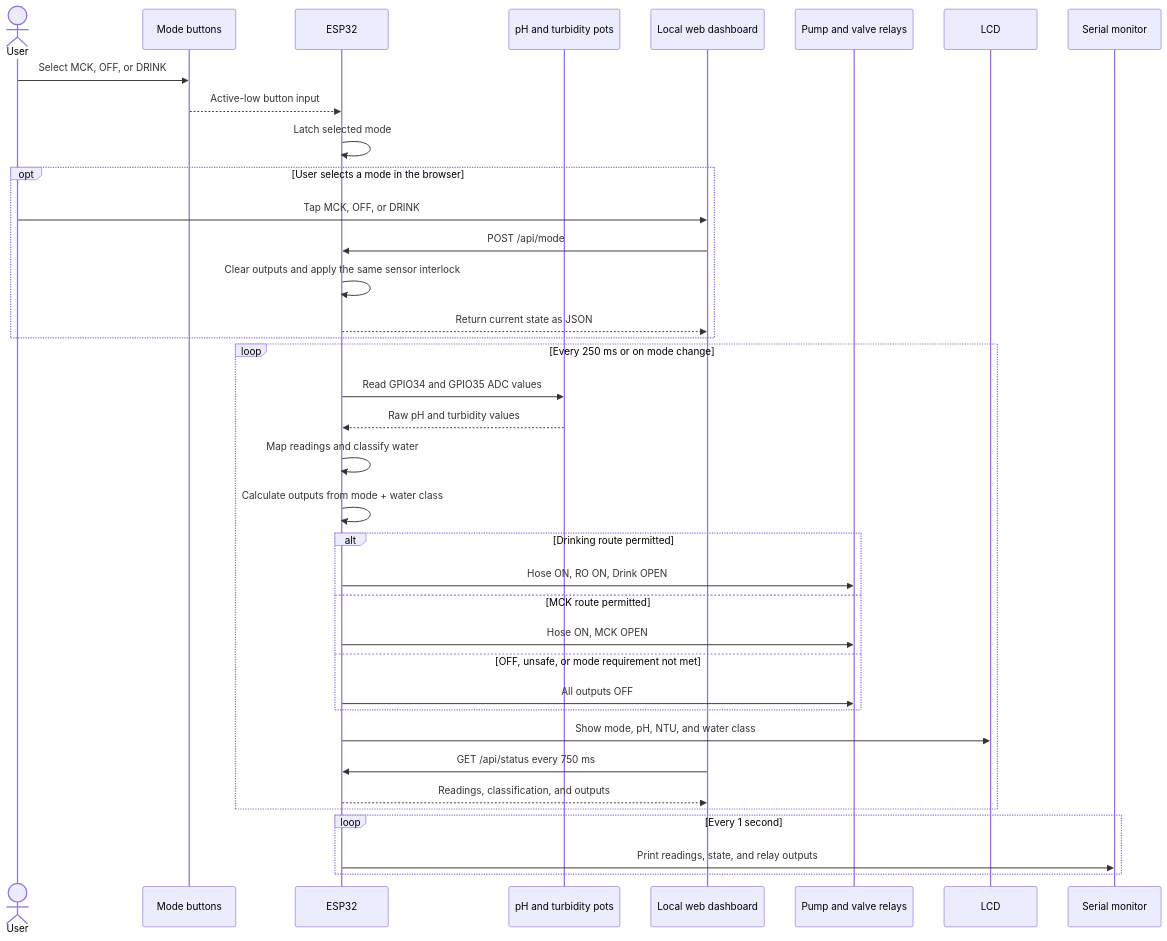
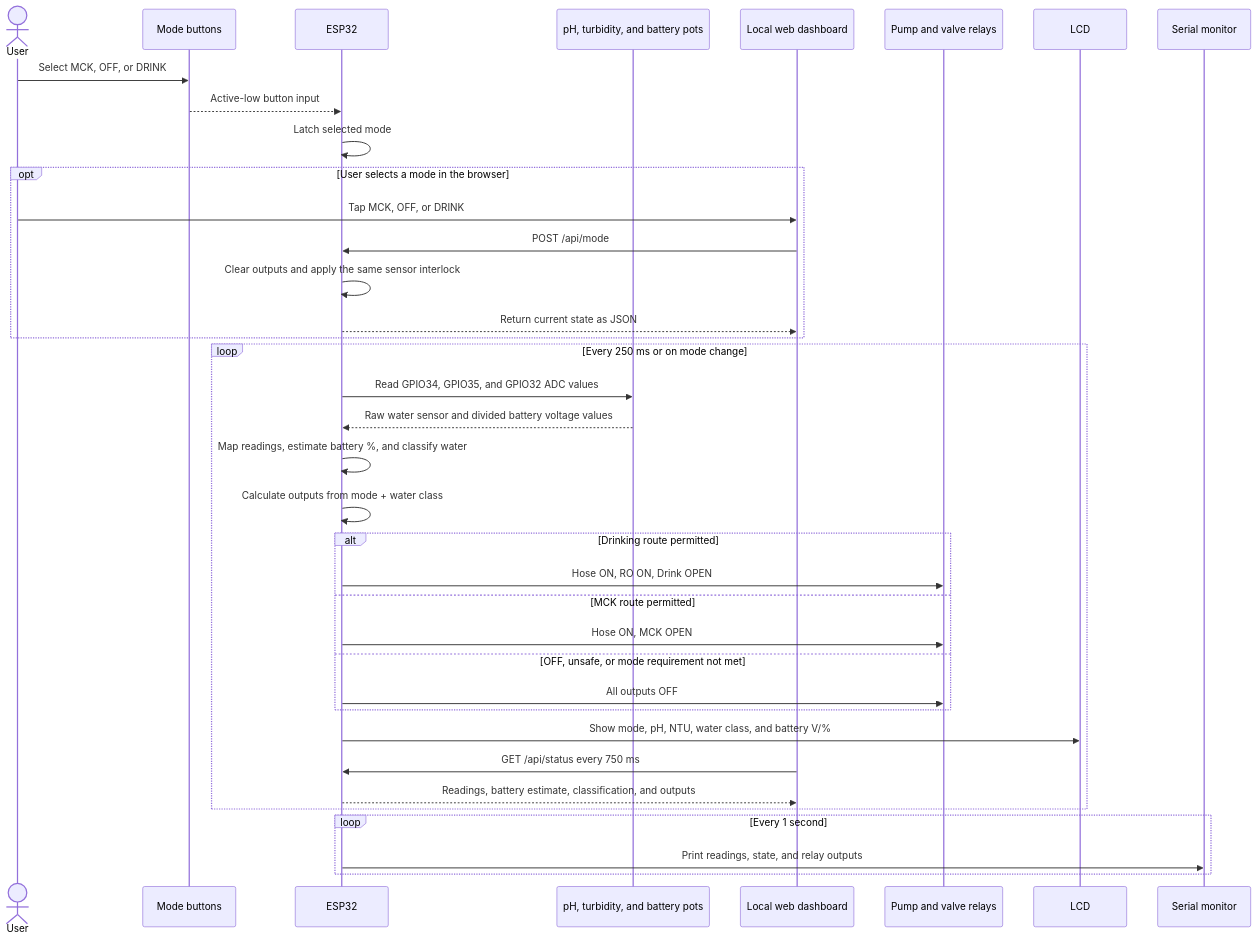
One commit to AlexanderChristhian/O.A.S.I.S changed the second of 2 diagrams in O.A.S.I.S/README.md. Above: the diagram before and after it, drawn with Mermaid. The commit also changed other lines of this file and 3 other files, not shown here.

````diff
--- a/O.A.S.I.S/README.md
+++ b/O.A.S.I.S/README.md
@@ -108,45 +118,45 @@
 ```mermaid
 sequenceDiagram
     actor User
     participant Buttons as Mode buttons
     participant ESP32
-    participant Sensors as pH and turbidity pots
+    participant Sensors as pH, turbidity, and battery pots
     participant Web as Local web dashboard
     participant Relays as Pump and valve relays
     participant LCD
     participant Serial as Serial monitor
 
     User->>Buttons: Select MCK, OFF, or DRINK
     Buttons-->>ESP32: Active-low button input
     ESP32->>ESP32: Latch selected mode
 
     opt User selects a mode in the browser
         User->>Web: Tap MCK, OFF, or DRINK
         Web->>ESP32: POST /api/mode
         ESP32->>ESP32: Clear outputs and apply the same sensor interlock
         ESP32-->>Web: Return current state as JSON
     end
 
     loop Every 250 ms or on mode change
-        ESP32->>Sensors: Read GPIO34 and GPIO35 ADC values
-        Sensors-->>ESP32: Raw pH and turbidity values
-        ESP32->>ESP32: Map readings and classify water
+        ESP32->>Sensors: Read GPIO34, GPIO35, and GPIO32 ADC values
+        Sensors-->>ESP32: Raw water sensor and divided battery voltage values
+        ESP32->>ESP32: Map readings, estimate battery %, and classify water
         ESP32->>ESP32: Calculate outputs from mode + water class
 
         alt Drinking route permitted
             ESP32->>Relays: Hose ON, RO ON, Drink OPEN
         else MCK route permitted
             ESP32->>Relays: Hose ON, MCK OPEN
         else OFF, unsafe, or mode requirement not met
             ESP32->>Relays: All outputs OFF
         end
 
-        ESP32->>LCD: Show mode, pH, NTU, and water class
+        ESP32->>LCD: Show mode, pH, NTU, water class, and battery V/%
         Web->>ESP32: GET /api/status every 750 ms
-        ESP32-->>Web: Readings, classification, and outputs
+        ESP32-->>Web: Readings, battery estimate, classification, and outputs
     end
 
     loop Every 1 second
         ESP32->>Serial: Print readings, state, and relay outputs
     end
 ```
````
